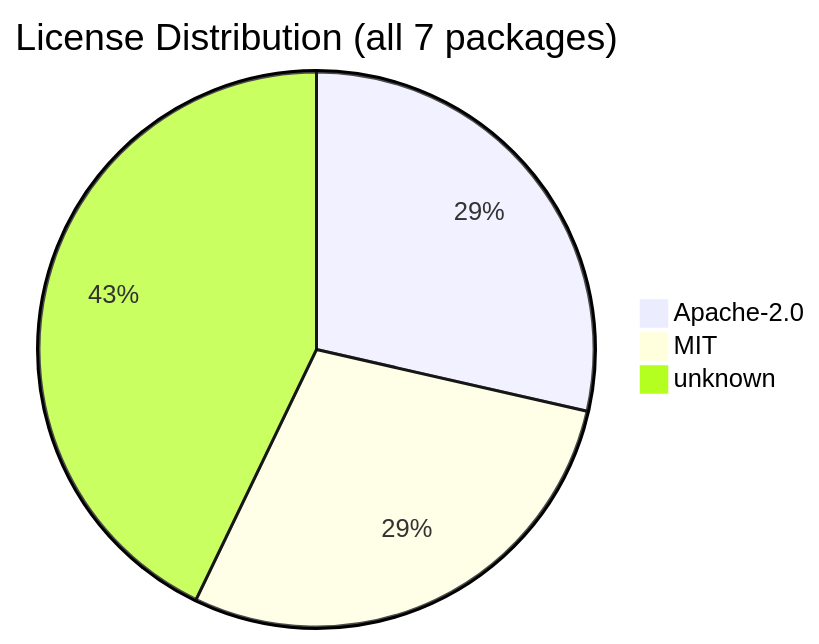
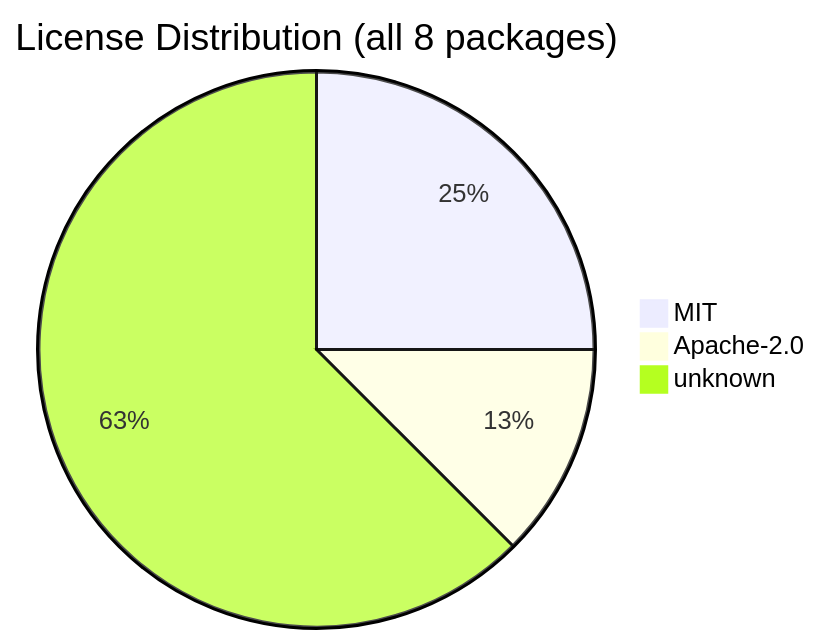
Before and after one commit to svenroth-ai/shipwright: the diagram in .shipwright/compliance/sbom.md, drawn with Mermaid. The commit also changed other lines of this file and 54 other files, not shown here.

````diff
--- a/.shipwright/compliance/sbom.md
+++ b/.shipwright/compliance/sbom.md
@@ -18,6 +18,6 @@
 ```mermaid
-pie title License Distribution (all 7 packages)
-    "Apache-2.0" : 2
+pie title License Distribution (all 8 packages)
     "MIT" : 2
-    "unknown" : 3
+    "Apache-2.0" : 1
+    "unknown" : 5
 ```
````
